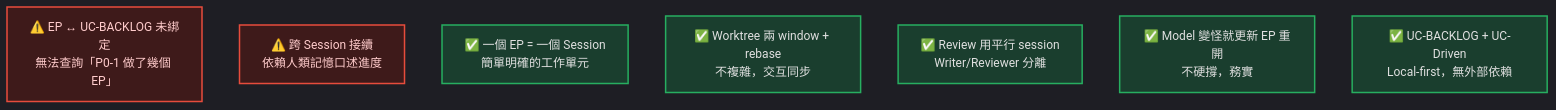
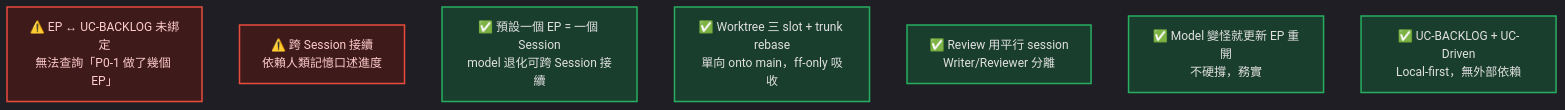
One commit to ChiahungTai/ai-rules changed the sixth of 6 diagrams in ai-analysis/reports/solo-ai-dev-workflow-圖解說明.md. Above: the diagram before and after it, drawn with Mermaid. The commit also changed other lines of this file and 3 other files, not shown here.

First line of the commit message:
docs(rebase): 改 trunk-based 模型（feature onto trunk，trunk 永不被 rebase）

````diff
--- a/ai-analysis/reports/solo-ai-dev-workflow-圖解說明.md
+++ b/ai-analysis/reports/solo-ai-dev-workflow-圖解說明.md
@@ -181,15 +181,15 @@
 ```mermaid
 %%{init: {'theme': 'dark'}}%%
 flowchart TD
     classDef pain fill:#3e1a1a,stroke:#e74c3c,color:#ffcccc,stroke-width:2px
     classDef ok fill:#1a3e2e,stroke:#27ae60,color:#e0e0e0,stroke-width:2px
 
     PAIN1["⚠️ EP ↔ UC-BACKLOG 未綁定<br/>無法查詢「P0-1 做了幾個 EP」"]:::pain
     PAIN2["⚠️ 跨 Session 接續<br/>依賴人類記憶口述進度"]:::pain
 
-    OK1["✅ 一個 EP = 一個 Session<br/>簡單明確的工作單元"]:::ok
-    OK2["✅ Worktree 兩 window + rebase<br/>不複雜，交互同步"]:::ok
+    OK1["✅ 預設一個 EP = 一個 Session<br/>model 退化可跨 Session 接續"]:::ok
+    OK2["✅ Worktree 三 slot + trunk rebase<br/>單向 onto main，ff-only 吸收"]:::ok
     OK3["✅ Review 用平行 session<br/>Writer/Reviewer 分離"]:::ok
     OK4["✅ Model 變怪就更新 EP 重開<br/>不硬撐，務實"]:::ok
     OK5["✅ UC-BACKLOG + UC-Driven<br/>Local-first，無外部依賴"]:::ok
 ```
````
